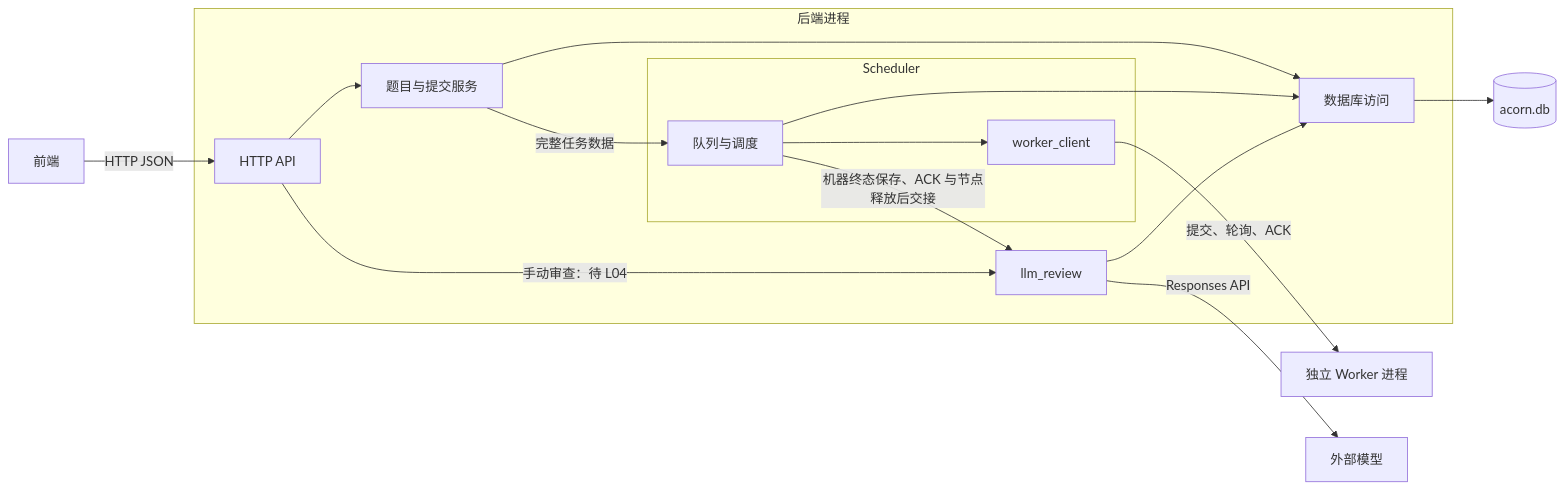
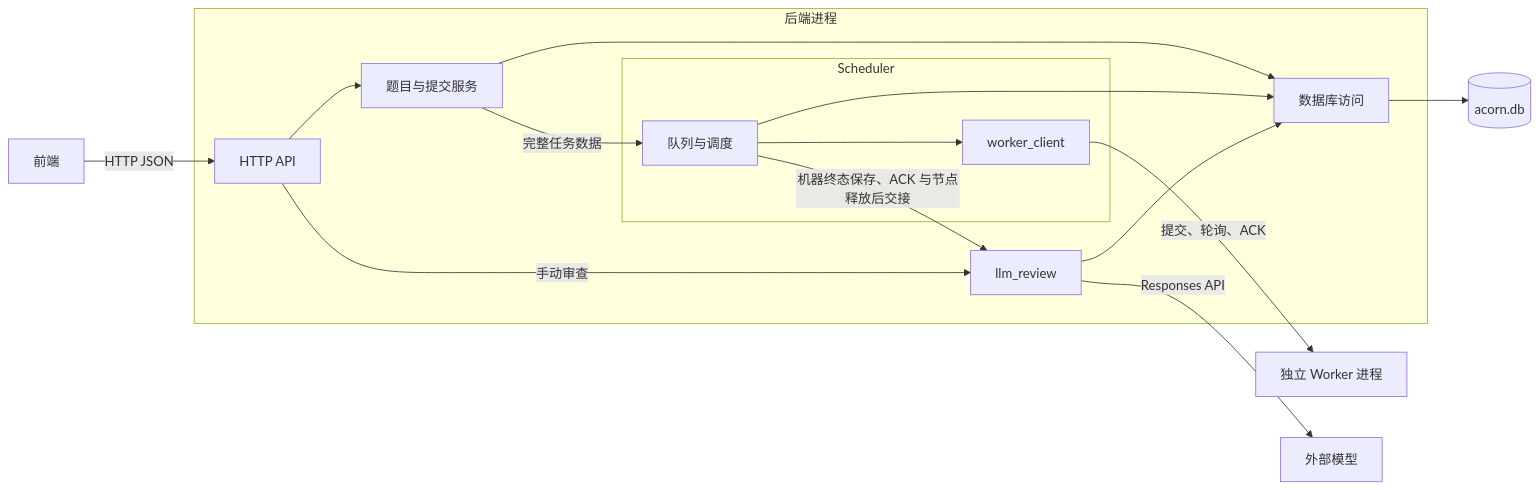
The diagram in docs/03-backend-design.md (Reto911/acorn), drawn with Mermaid before and after one commit. The commit also changed other lines of this file and 18 other files, not shown here.

````diff
--- a/docs/03-backend-design.md
+++ b/docs/03-backend-design.md
@@ -39,19 +39,19 @@
 ```mermaid
 flowchart LR
     Frontend[前端] -->|HTTP JSON| HTTP
     subgraph Backend[后端进程]
         HTTP[HTTP API] --> Service[题目与提交服务]
         Service -->|完整任务数据| Scheduler
         Service --> Database[数据库访问]
         Scheduler --> Database
         Scheduler -->|机器终态保存、ACK 与节点释放后交接| Review[llm_review]
-        HTTP -->|手动审查：待 L04| Review
+        HTTP -->|手动审查| Review
         Review --> Database
         subgraph Scheduling[Scheduler]
             Scheduler[队列与调度] --> Client[worker_client]
         end
     end
     Database --> SQLite[(acorn.db)]
     Client -->|提交、轮询、ACK| Worker[独立 Worker 进程]
     Review -->|Responses API| LLM[外部模型]
 ```
````
